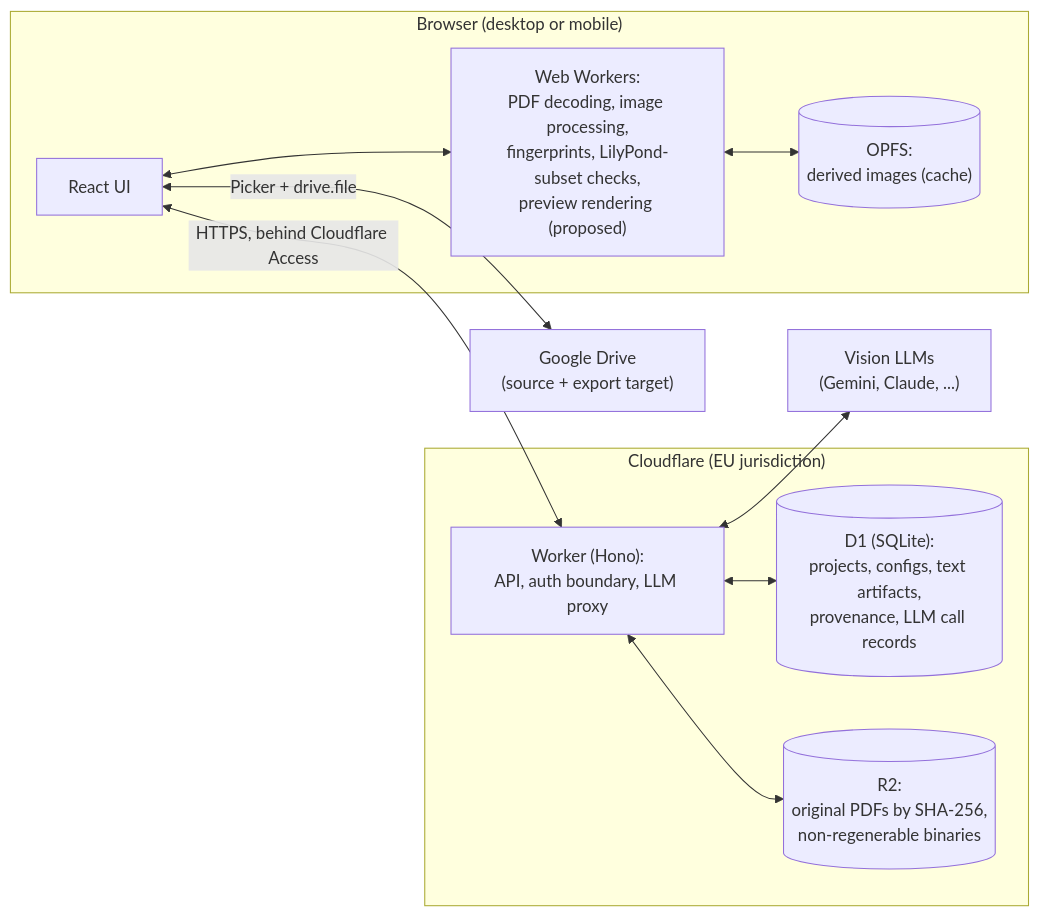
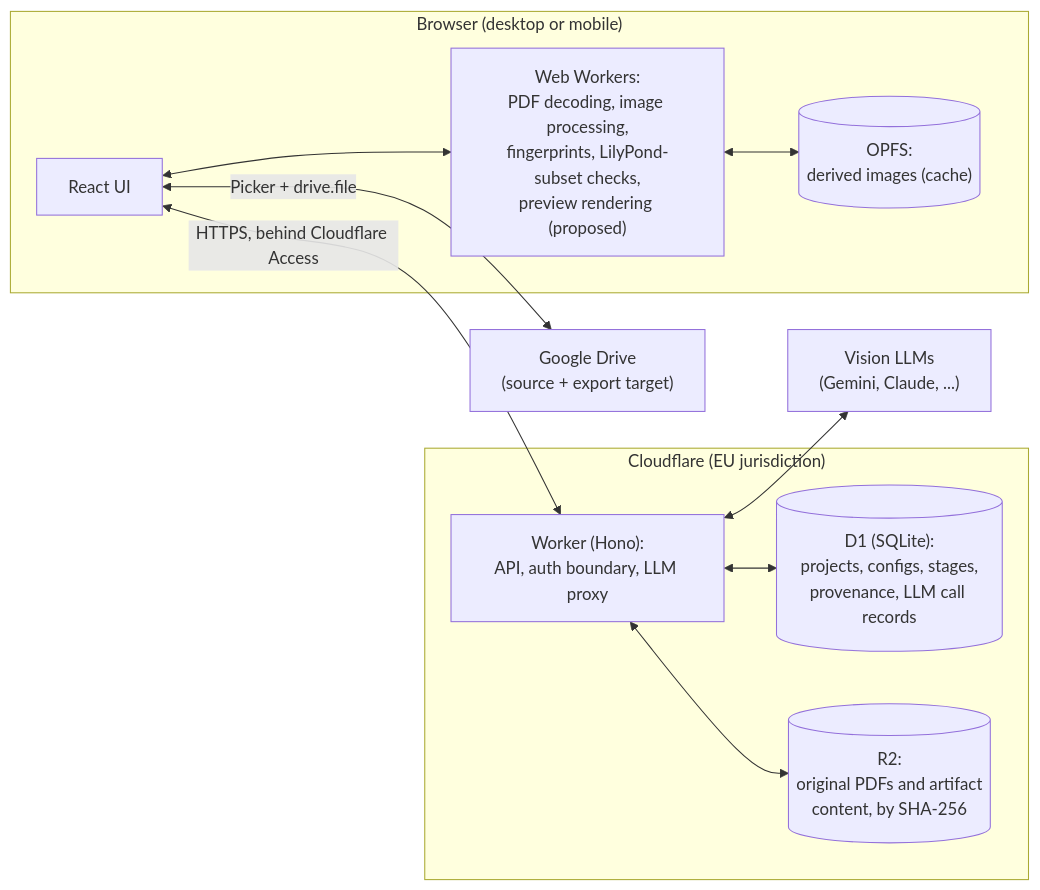
The diagram in DESIGN.md (tomasssalles/score3ly), drawn with Mermaid before and after one commit. The commit also changed other lines of this file, not shown here.

First line of the commit message:
Design: storage in R2 by hash, immutable stages, icons for artifacts, proposed stages and issues

````diff
--- a/DESIGN.md
+++ b/DESIGN.md
@@ -56,25 +56,25 @@
 ```mermaid
 flowchart LR
   subgraph Device["Browser (desktop or mobile)"]
     UI[React UI]
     WW["Web Workers:<br/>PDF decoding, image processing,<br/>fingerprints, LilyPond-subset checks,<br/>preview rendering (proposed)"]
     OPFS[("OPFS:<br/>derived images (cache)")]
     UI <--> WW
     WW <--> OPFS
   end
 
   subgraph CF["Cloudflare (EU jurisdiction)"]
     W["Worker (Hono):<br/>API, auth boundary, LLM proxy"]
-    D1[("D1 (SQLite):<br/>projects, configs, text artifacts,<br/>provenance, LLM call records")]
-    R2[("R2:<br/>original PDFs by SHA-256,<br/>non-regenerable binaries")]
+    D1[("D1 (SQLite):<br/>projects, configs, stages,<br/>provenance, LLM call records")]
+    R2[("R2:<br/>original PDFs and artifact<br/>content, by SHA-256")]
     W <--> D1
     W <--> R2
   end
 
   Drive["Google Drive<br/>(source + export target)"]
   LLM["Vision LLMs<br/>(Gemini, Claude, ...)"]
 
   UI <-->|HTTPS, behind Cloudflare Access| W
   UI <-->|Picker + drive.file| Drive
   W <--> LLM
 ```
````
